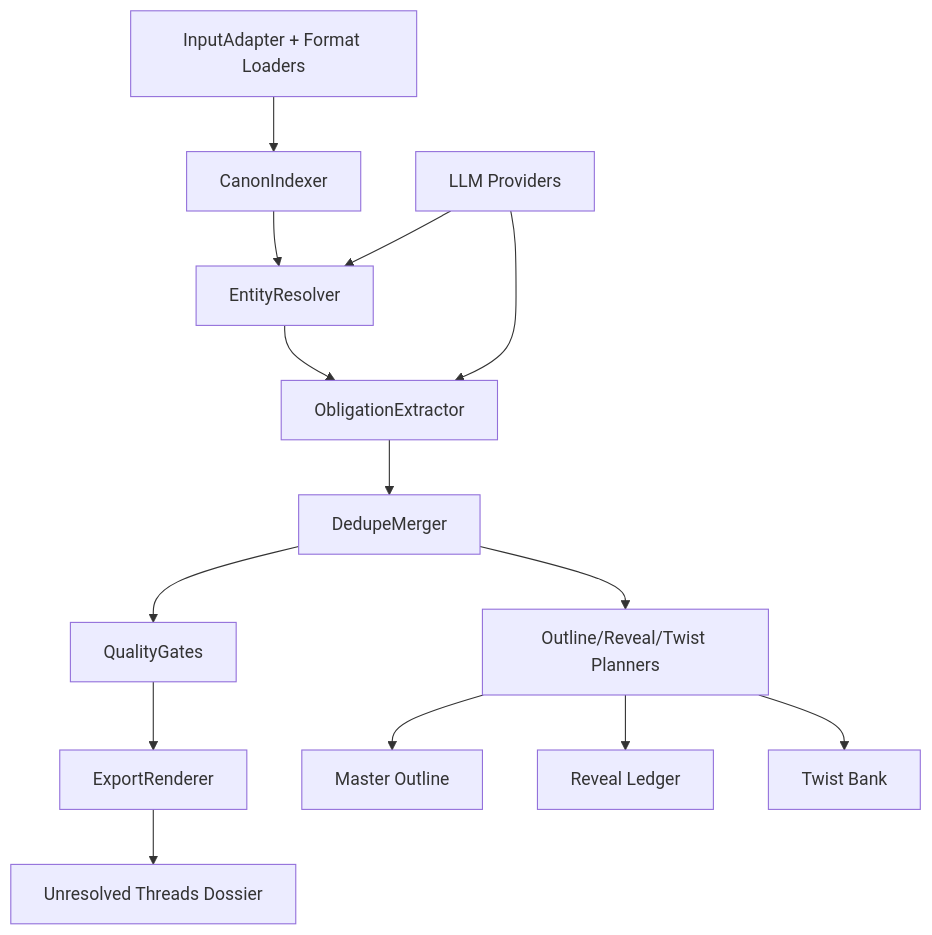
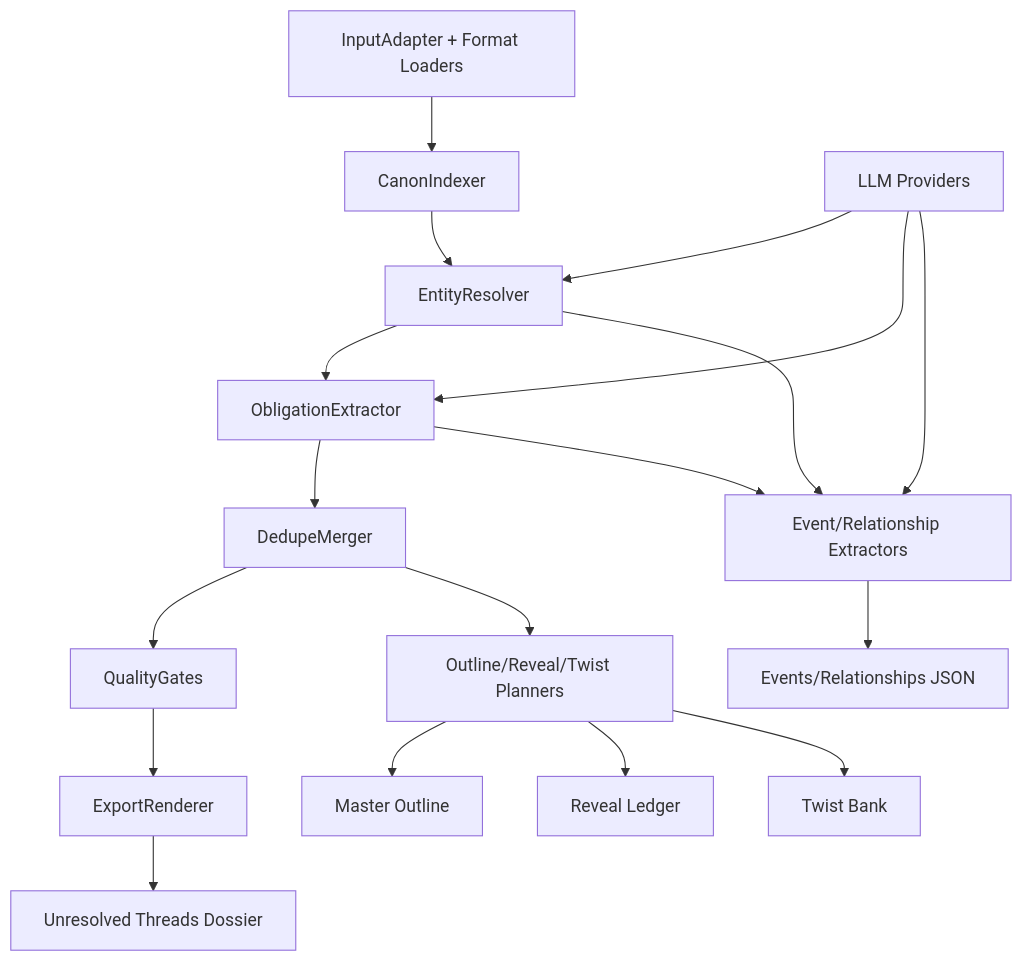
The second of 2 diagrams in .claude/docs/architecture.md (angel1411337-del/Showrunner-Deep-Agent), drawn with Mermaid before and after one commit. The commit also changed other lines of this file and 4 other files, not shown here.

Commit message:
[architect]: plan wiki extraction unit

````diff
--- a/.claude/docs/architecture.md
+++ b/.claude/docs/architecture.md
@@ -78,18 +85,23 @@
 ```mermaid
 graph TD
     Input[InputAdapter + Format Loaders] --> Indexer[CanonIndexer]
     Indexer --> Resolver[EntityResolver]
     Resolver --> Extractor[ObligationExtractor]
     Extractor --> Dedupe[DedupeMerger]
     Dedupe --> Gates[QualityGates]
     Gates --> Renderer[ExportRenderer]
     Renderer --> Dossier[Unresolved Threads Dossier]
 
     Dedupe --> Planners[Outline/Reveal/Twist Planners]
     Planners --> Outline[Master Outline]
     Planners --> Reveals[Reveal Ledger]
     Planners --> Twists[Twist Bank]
 
     Providers[LLM Providers] --> Resolver
     Providers --> Extractor
+    Providers --> WikiExtractors[Event/Relationship Extractors]
+
+    Extractor --> WikiExtractors
+    Resolver --> WikiExtractors
+    WikiExtractors --> WikiExports[Events/Relationships JSON]
 ```
````
